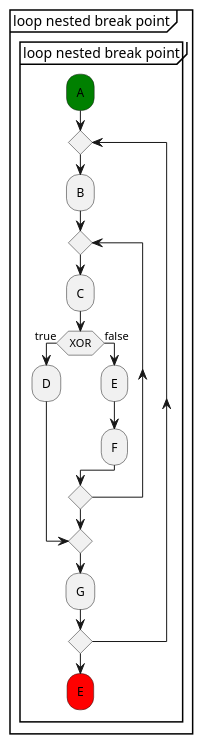
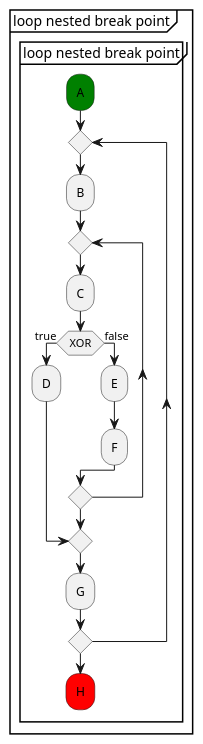
The diagram in end-to-end-pumls/loops/break_points/loop_nested_break_point.puml (xtuml/otel2puml), drawn with PlantUML before and after one commit.

Commit message:
CDSTP-29 fixed nested break point puml to be markovian

```diff
--- a/end-to-end-pumls/loops/break_points/loop_nested_break_point.puml
+++ b/end-to-end-pumls/loops/break_points/loop_nested_break_point.puml
@@ -1,22 +1,22 @@
 @startuml
 partition "loop nested break point" {
     group "loop nested break point"
         #green:A;
         repeat
             :B;
             repeat
             :C;
             if (XOR) then (true)
                     :D;
                     break
             else (false)
                     :E;
                     :F;
             endif
             repeat while
             :G;
         repeat while
-        #red:E; 
+        #red:H; 
     end group
 }
 @enduml
```
